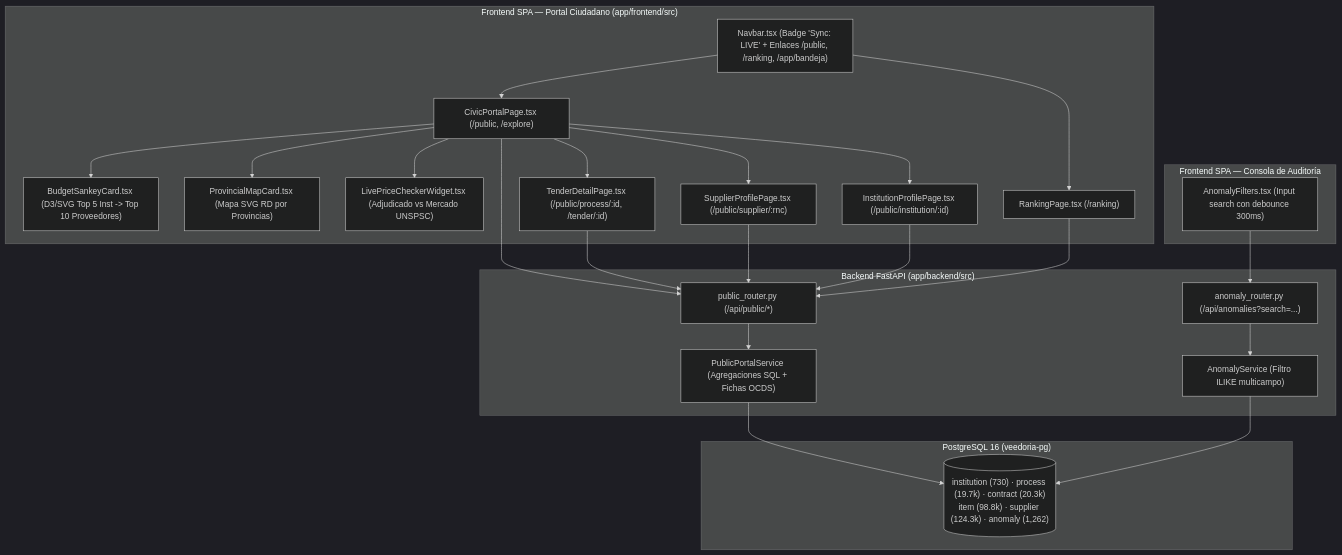
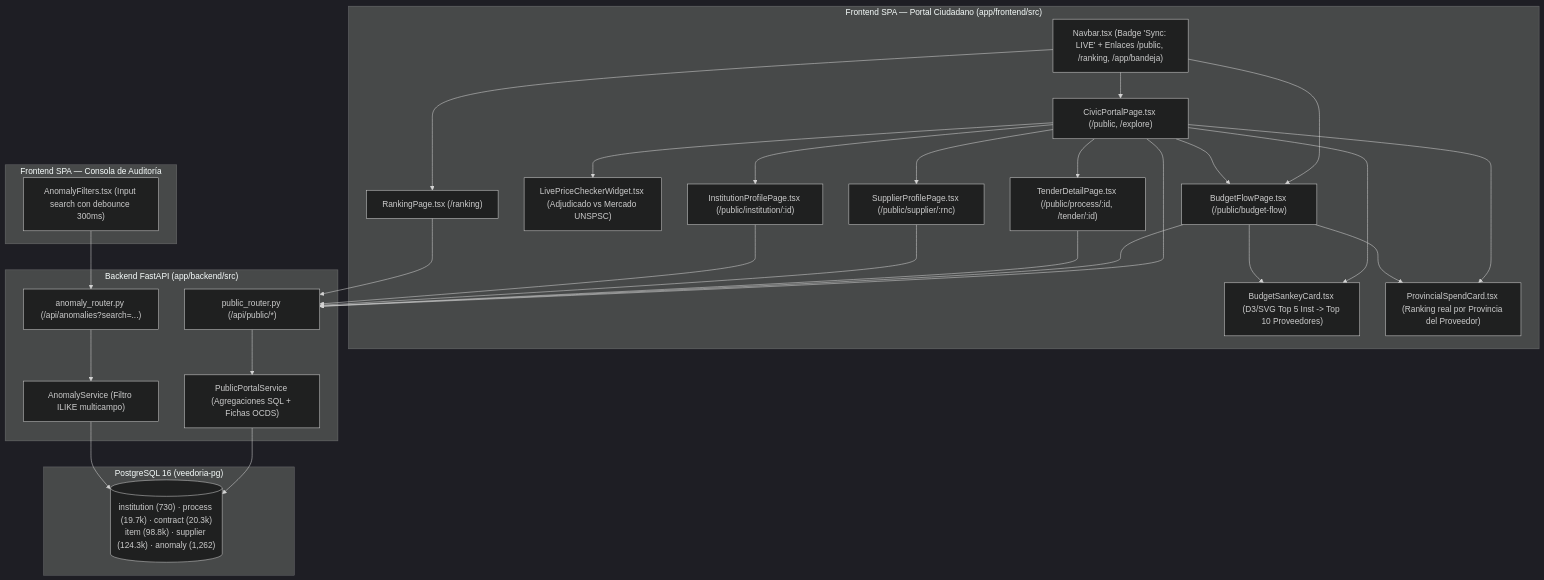
One commit to JeremyJS20/VeedorIA changed the first of 2 diagrams in specs/veedoria-core/buscador-ciudadano/design.md. Above: the diagram before and after it, drawn with Mermaid (dark theme). The commit also changed other lines of this file and 14 other files, not shown here.

````diff
--- a/specs/veedoria-core/buscador-ciudadano/design.md
+++ b/specs/veedoria-core/buscador-ciudadano/design.md
@@ -24,37 +24,40 @@
 ```mermaid
 flowchart TD
     subgraph Public_SPA["Frontend SPA — Portal Ciudadano (app/frontend/src)"]
         Navbar["Navbar.tsx (Badge 'Sync: LIVE' + Enlaces /public, /ranking, /app/bandeja)"]
         CivicPortal["CivicPortalPage.tsx (/public, /explore)"]
+        FlowPage["BudgetFlowPage.tsx (/public/budget-flow)"]
         SankeyCard["BudgetSankeyCard.tsx (D3/SVG Top 5 Inst -> Top 10 Proveedores)"]
-        MapCard["ProvincialMapCard.tsx (Mapa SVG RD por Provincias)"]
+        SpendCard["ProvincialSpendCard.tsx (Ranking real por Provincia del Proveedor)"]
         PriceWidget["LivePriceCheckerWidget.tsx (Adjudicado vs Mercado UNSPSC)"]
         ProcessPage["TenderDetailPage.tsx (/public/process/:id, /tender/:id)"]
         SupplierPage["SupplierProfilePage.tsx (/public/supplier/:rnc)"]
         InstPage["InstitutionProfilePage.tsx (/public/institution/:id)"]
         RankingPage["RankingPage.tsx (/ranking)"]
     end
 
     subgraph Audit_SPA["Frontend SPA — Consola de Auditoría"]
         Filters["AnomalyFilters.tsx (Input search con debounce 300ms)"]
     end
 
     subgraph Backend_API["Backend FastAPI (app/backend/src)"]
         PublicRouter["public_router.py (/api/public/*)"]
         AnomalyRouter["anomaly_router.py (/api/anomalies?search=...)"]
         PublicService["PublicPortalService (Agregaciones SQL + Fichas OCDS)"]
         AnomalyService["AnomalyService (Filtro ILIKE multicampo)"]
     end
 
     subgraph Storage["PostgreSQL 16 (veedoria-pg)"]
         Tables[("institution (730) · process (19.7k) · contract (20.3k)\nitem (98.8k) · supplier (124.3k) · anomaly (1,262)")]
     end
 
-    Navbar --> CivicPortal & RankingPage
-    CivicPortal --> SankeyCard & MapCard & PriceWidget
+    Navbar --> CivicPortal & FlowPage & RankingPage
+    CivicPortal --> SankeyCard & SpendCard & PriceWidget
+    CivicPortal --> FlowPage
+    FlowPage --> SankeyCard & SpendCard
     CivicPortal --> ProcessPage & SupplierPage & InstPage
-    CivicPortal & ProcessPage & SupplierPage & InstPage & RankingPage --> PublicRouter
+    CivicPortal & FlowPage & ProcessPage & SupplierPage & InstPage & RankingPage --> PublicRouter
     Filters --> AnomalyRouter
     PublicRouter --> PublicService --> Tables
     AnomalyRouter --> AnomalyService --> Tables
 ```
````
